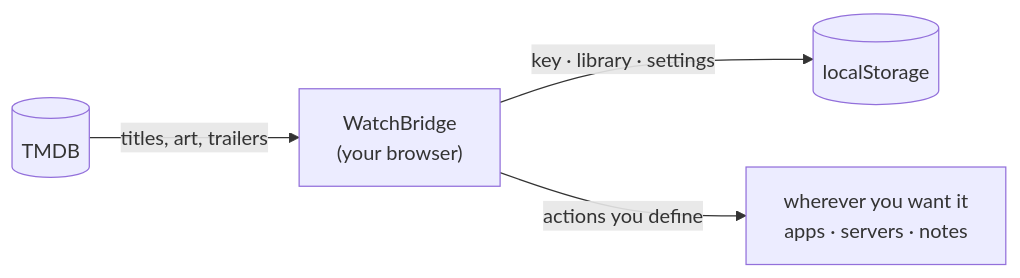
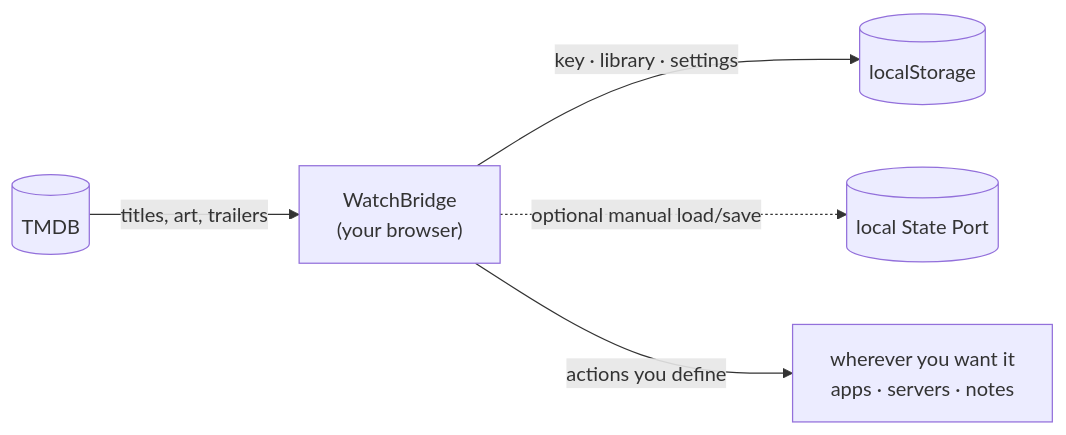
The diagram in README.md (tahsinature/watch-bridge), drawn with Mermaid before and after one commit. The commit also changed other lines of this file and 34 other files, not shown here.

Commit message:
feat: add local State Port sync

````diff
--- a/README.md
+++ b/README.md
@@ -27,6 +28,7 @@
 ```mermaid
 flowchart LR
     TMDB[("TMDB")] -->|titles, art, trailers| APP
     APP["WatchBridge<br/>(your browser)"] -->|key · library · settings| LS[("localStorage")]
+    APP -.->|optional manual load/save| SP[("local State Port")]
     APP -->|actions you define| OUT["wherever you want it<br/>apps · servers · notes"]
 ```
````
